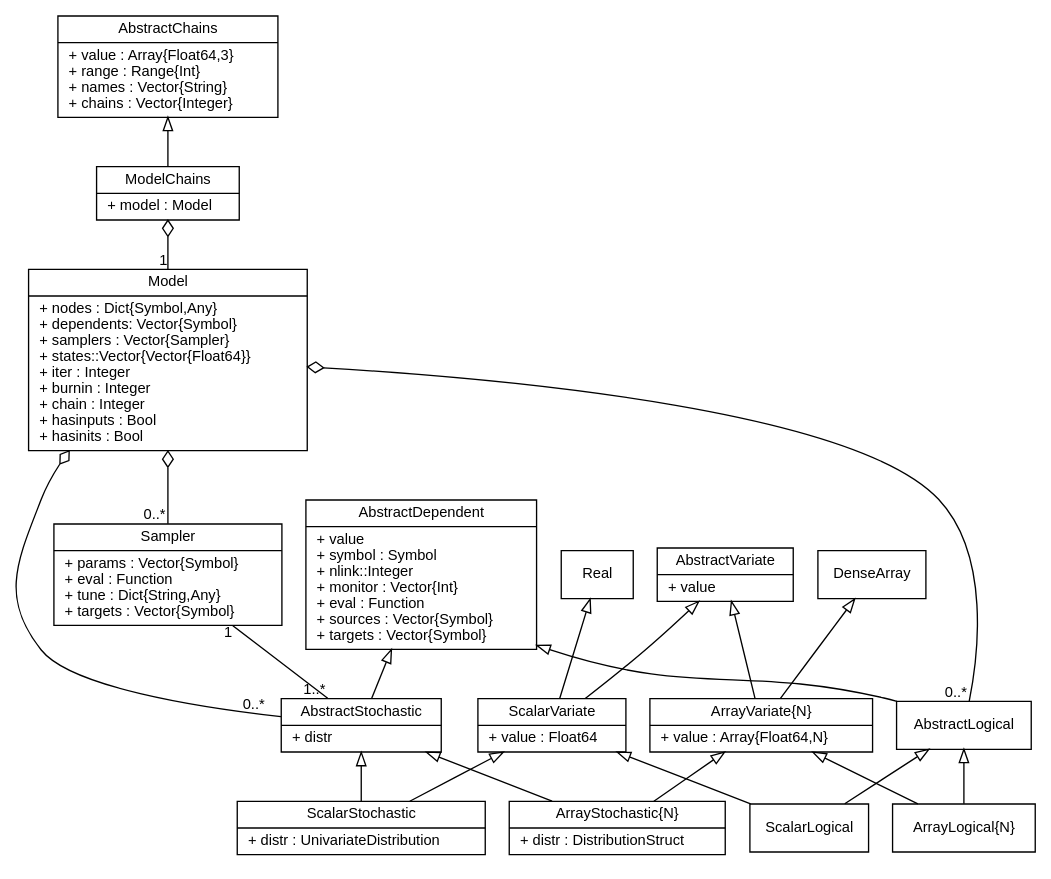
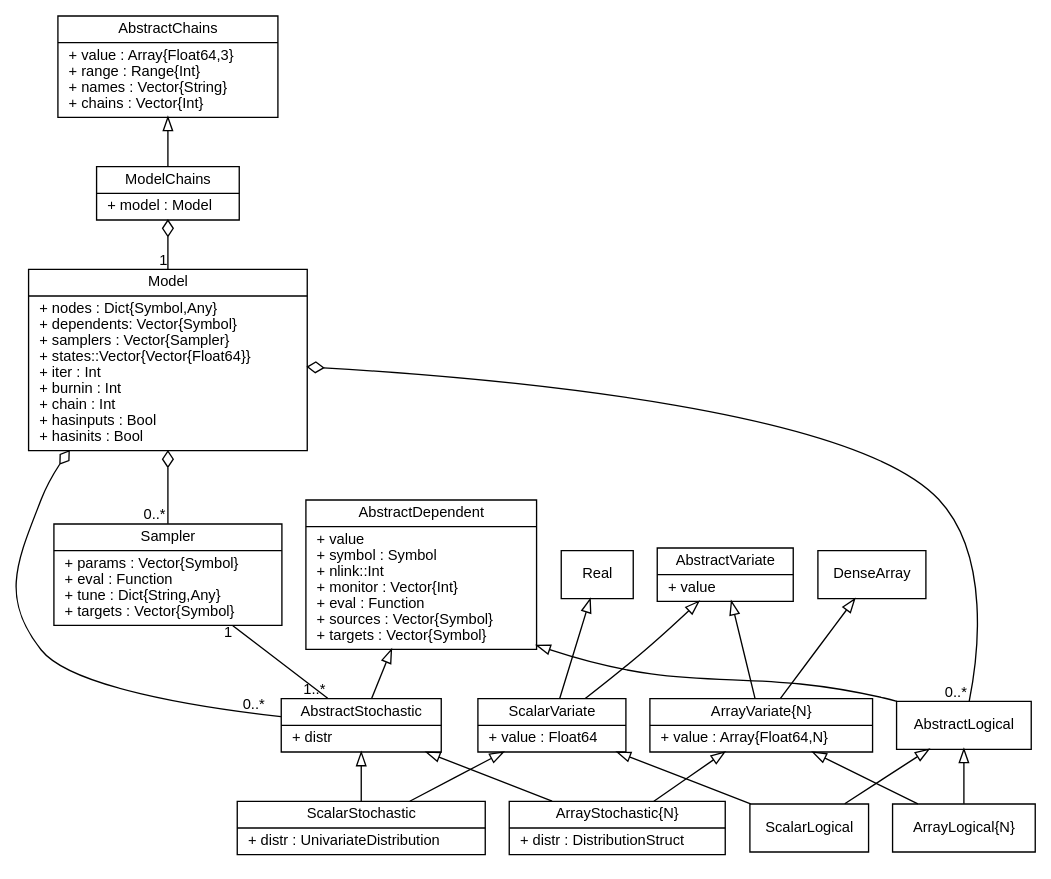
Before and after one commit to brian-j-smith/Mamba.jl: the diagram in doc/images/mcmcUML.dot, drawn with Graphviz. The commit also changed 21 other files, not shown here.

```diff
--- a/doc/images/mcmcUML.dot
+++ b/doc/images/mcmcUML.dot
@@ -1,66 +1,66 @@
 graph MCMC {
     fontname = "Helvetica"
     fontsize = 11
     splines = true
     overlap = false
 
     node [fontname = "Helvetica", fontsize = 11, shape = record]
 
     edge [fontname = "Helvetica", fontsize = 11, dir = both, arrowtail = none, arrowhead = none]
 
     Real [label = "{Real}", pos="315,610"]
 
     DenseArray [label = "{DenseArray}", pos="324,570"]
 
-    AbstractDependent [label = "{AbstractDependent|+ value\l+ symbol : Symbol\l+ nlink::Integer\l+ monitor : Vector\{Int\}\l+ eval : Function\l+ sources : Vector\{Symbol\}\l+ targets : Vector\{Symbol\}\l}", pos="275,425"]
+    AbstractDependent [label = "{AbstractDependent|+ value\l+ symbol : Symbol\l+ nlink::Int\l+ monitor : Vector\{Int\}\l+ eval : Function\l+ sources : Vector\{Symbol\}\l+ targets : Vector\{Symbol\}\l}", pos="275,425"]
 
     AbstractLogical [label = "{AbstractLogical}", pos="75,425"]
 
     AbstractStochastic [label = "{AbstractStochastic|+ distr\l}", pos="495,425"]
 
     AbstractVariate [label = "{AbstractVariate|+ value\l}", pos="230,590"]
 
     ArrayLogical [label = "{ArrayLogical\{N\}}", pos="125,515"]
 
     ArrayStochastic [label = "{ArrayStochastic\{N\}|+ distr : DistributionStruct\l}", pos="425,515"]
 
     ArrayVariate [label = "{ArrayVariate\{N\}|+ value : Array\{Float64,N\}\l}", pos="275,515"]
 
     ScalarLogical [label = "{ScalarLogical}", pos="25,515"]
 
     ScalarStochastic [label = "{ScalarStochastic|+ distr : UnivariateDistribution\l}", pos="575,515"]
 
     ScalarVariate [label = "{ScalarVariate|+ value : Float64\l}", pos="275,665"]
 
-    Model [label = "{Model|+ nodes : Dict\{Symbol,Any\}\l+ dependents: Vector\{Symbol\}\l+ samplers : Vector\{Sampler\}\l+ states::Vector\{Vector\{Float64\}\}\l+ iter : Integer\l+ burnin : Integer\l+ chain : Integer\l+ hasinputs : Bool\l+ hasinits : Bool\l}", pos="275,290"]
+    Model [label = "{Model|+ nodes : Dict\{Symbol,Any\}\l+ dependents: Vector\{Symbol\}\l+ samplers : Vector\{Sampler\}\l+ states::Vector\{Vector\{Float64\}\}\l+ iter : Int\l+ burnin : Int\l+ chain : Int\l+ hasinputs : Bool\l+ hasinits : Bool\l}", pos="275,290"]
 
     Sampler [label = "{Sampler|+ params : Vector\{Symbol\}\l+ eval : Function\l+ tune : Dict\{String,Any\}\l+ targets : Vector\{Symbol\}\l}", pos="495,290"]
 
-    AbstractChains  [label = "{AbstractChains|+ value : Array\{Float64,3\}\l+ range : Range\{Int\}\l+ names : Vector\{String\}\l+ chains : Vector\{Integer\}\l}", pos="75,330"]
+    AbstractChains  [label = "{AbstractChains|+ value : Array\{Float64,3\}\l+ range : Range\{Int\}\l+ names : Vector\{String\}\l+ chains : Vector\{Int\}\l}", pos="75,330"]
 
     ModelChains [label = "{ModelChains|+ model : Model\l}", pos="75,250"]
 
     Real -- ScalarVariate [arrowtail = empty]
     DenseArray -- ArrayVariate [arrowtail = empty]
 
     AbstractChains -- ModelChains [arrowtail = empty]
     AbstractDependent -- AbstractLogical [arrowtail = empty]
     AbstractDependent -- AbstractStochastic [arrowtail = empty]
     AbstractLogical -- ArrayLogical [arrowtail = empty]
     AbstractLogical -- ScalarLogical [arrowtail = empty]
     AbstractStochastic -- ArrayStochastic [arrowtail = empty]
     AbstractStochastic -- ScalarStochastic [arrowtail = empty]
     AbstractVariate -- ArrayVariate [arrowtail = empty]
     AbstractVariate -- ScalarVariate [arrowtail = empty]
     ArrayVariate -- ArrayLogical [arrowtail = empty]
     ArrayVariate -- ArrayStochastic [arrowtail = empty]
     ScalarVariate -- ScalarLogical [arrowtail = empty]
     ScalarVariate -- ScalarStochastic [arrowtail = empty]
 
     Sampler -- AbstractStochastic [taillabel = "1", headlabel = "1..*"]
     Model -- Sampler [arrowtail = odiamond, headlabel = "0..*"]
     Model -- AbstractLogical [arrowtail = odiamond, headlabel = "0..*"]
     Model -- AbstractStochastic [arrowtail = odiamond, headlabel = "0..*", labeldistance = 2.2, labelangle = -15]
     ModelChains -- Model [arrowtail = odiamond, headlabel = "1"]
 
 }
```
